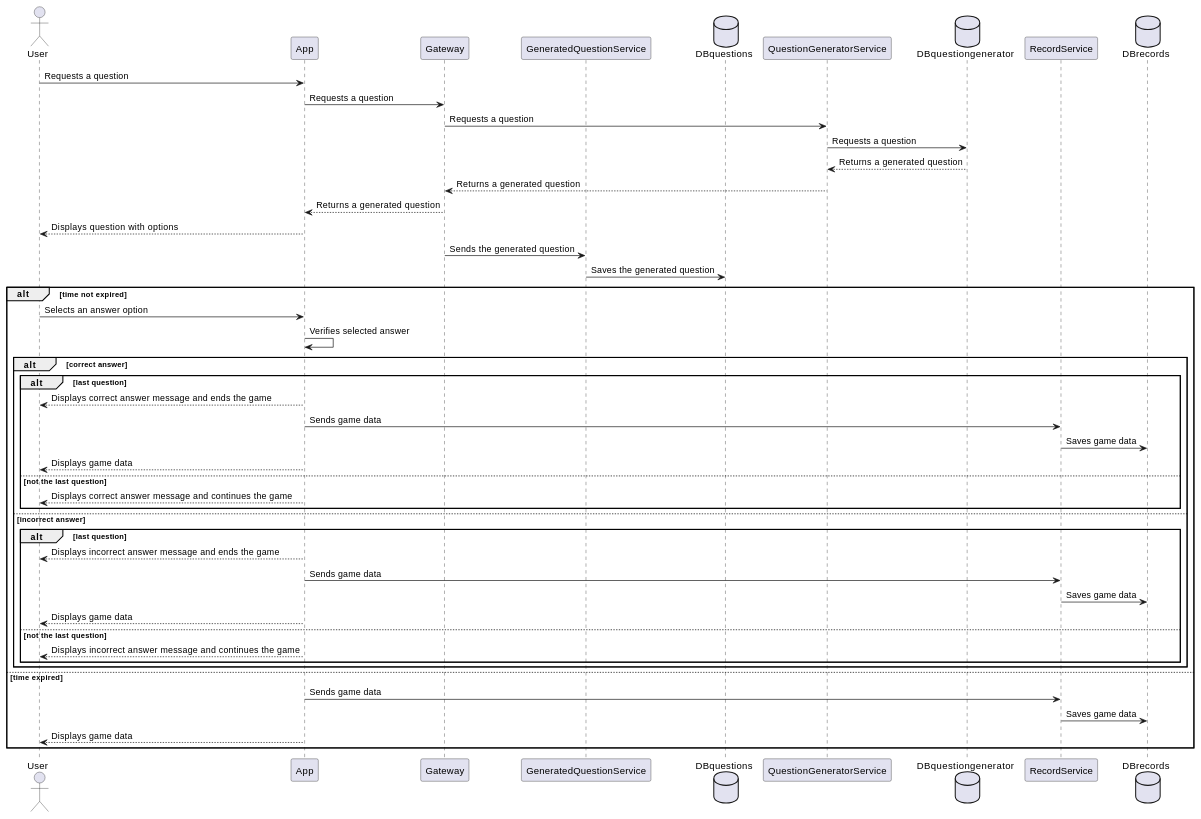
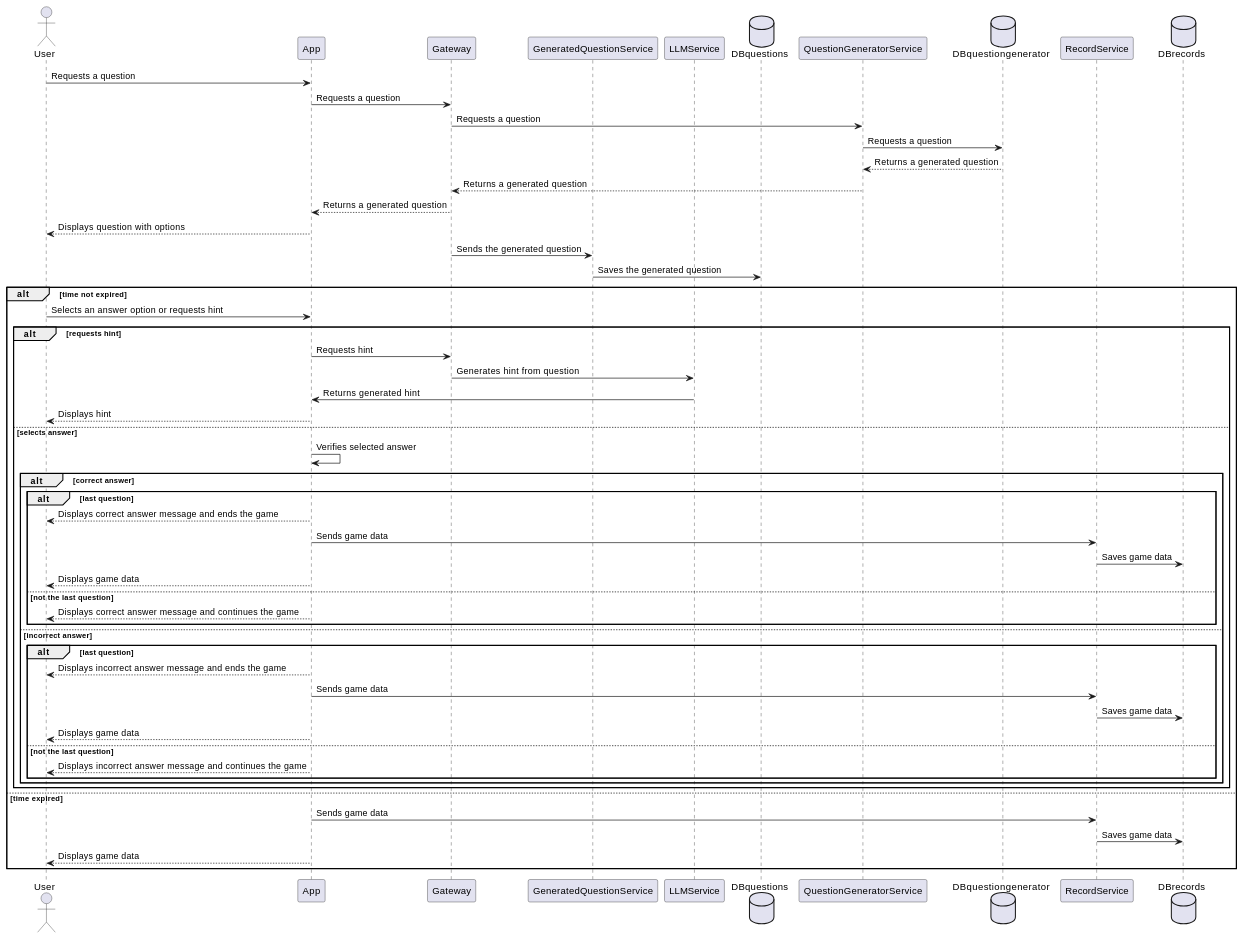
One commit to Arquisoft/wichat_es6b changed the fourth of 6 diagrams in docs/src/06_runtime_view.adoc. Above: the diagram before and after it, drawn with PlantUML. The commit also changed other lines of this file, not shown here.

Commit message:
Actualizacion de la documentación

```diff
--- a/docs/src/06_runtime_view.adoc
+++ b/docs/src/06_runtime_view.adoc
@@ -123,51 +123,59 @@
 [plantuml, question_response, png]
 ----
 actor User
 participant App
 participant Gateway
 participant GeneratedQuestionService
+participant LLMService
 database DBquestions
 participant QuestionGeneratorService
 database DBquestiongenerator
 participant RecordService
 database DBrecords
 
 User -> App: Requests a question
 App -> Gateway: Requests a question
 Gateway -> QuestionGeneratorService: Requests a question
 QuestionGeneratorService -> DBquestiongenerator: Requests a question
 QuestionGeneratorService <-- DBquestiongenerator: Returns a generated question
 Gateway <-- QuestionGeneratorService: Returns a generated question
 App <-- Gateway: Returns a generated question
 User <-- App: Displays question with options
 Gateway -> GeneratedQuestionService: Sends the generated question
 GeneratedQuestionService -> DBquestions: Saves the generated question
 
 alt time not expired
-    User -> App: Selects an answer option
-    App -> App: Verifies selected answer
-    alt correct answer
-        alt last question
-            User <-- App: Displays correct answer message and ends the game
-            App -> RecordService: Sends game data
-            RecordService -> DBrecords: Saves game data
-            User <-- App: Displays game data
-        else not the last question
-            User <-- App: Displays correct answer message and continues the game
-        end
-    else incorrect answer
-        alt last question
-            User <-- App: Displays incorrect answer message and ends the game
-            App -> RecordService: Sends game data
-            RecordService -> DBrecords: Saves game data
-            User <-- App: Displays game data
-        else not the last question
-            User <-- App: Displays incorrect answer message and continues the game
+    User -> App: Selects an answer option or requests hint
+    alt requests hint
+        App -> Gateway: Requests hint
+        Gateway -> LLMService: Generates hint from question
+        LLMService -> App: Returns generated hint
+        User <-- App: Displays hint
+    else selects answer
+        App -> App: Verifies selected answer
+        alt correct answer
+            alt last question
+                User <-- App: Displays correct answer message and ends the game
+                App -> RecordService: Sends game data
+                RecordService -> DBrecords: Saves game data
+                User <-- App: Displays game data
+            else not the last question
+                User <-- App: Displays correct answer message and continues the game
+            end
+        else incorrect answer
+            alt last question
+                User <-- App: Displays incorrect answer message and ends the game
+                App -> RecordService: Sends game data
+                RecordService -> DBrecords: Saves game data
+                User <-- App: Displays game data
+            else not the last question
+                User <-- App: Displays incorrect answer message and continues the game
+            end
         end
     end
 else time expired
     App -> RecordService: Sends game data
     RecordService -> DBrecords: Saves game data
     User <-- App: Displays game data
 end
 ----
```
